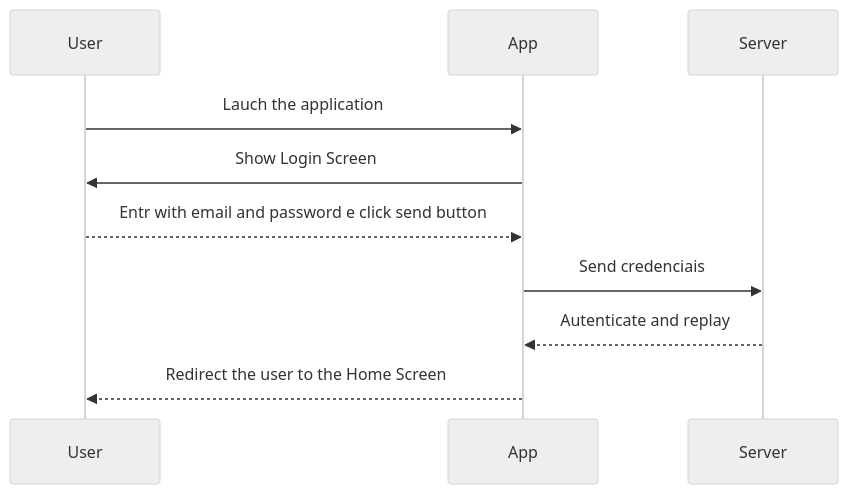
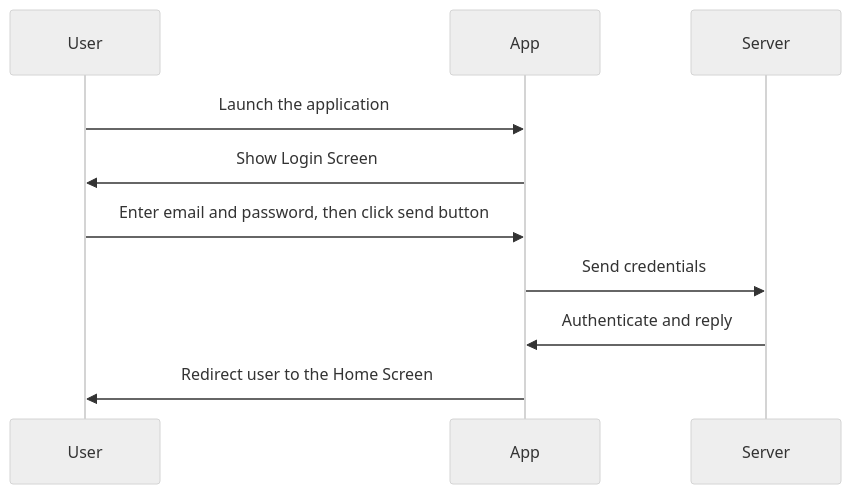
The diagram in README.md (herlandro/mermaid), drawn with Mermaid (neutral theme) before and after one commit. The commit also changed other lines of this file, not shown here.

````diff
--- a/README.md
+++ b/README.md
@@ -1,13 +1,13 @@
 ```mermaid
 sequenceDiagram
   participant User
   participant App
   participant Server
 
-User->>App: Lauch the application
-App->>User: Show Login Screen
-  User-->>App: Entr with email and password e click send button
-  App->>Server: Send credenciais
-  Server-->>App: Autenticate and replay
-  App-->>User: Redirect the user to the Home Screen
+  User->>App: Launch the application
+  App->>User: Show Login Screen
+  User->>App: Enter email and password, then click send button
+  App->>Server: Send credentials
+  Server->>App: Authenticate and reply
+  App->>User: Redirect user to the Home Screen
 ```
````
